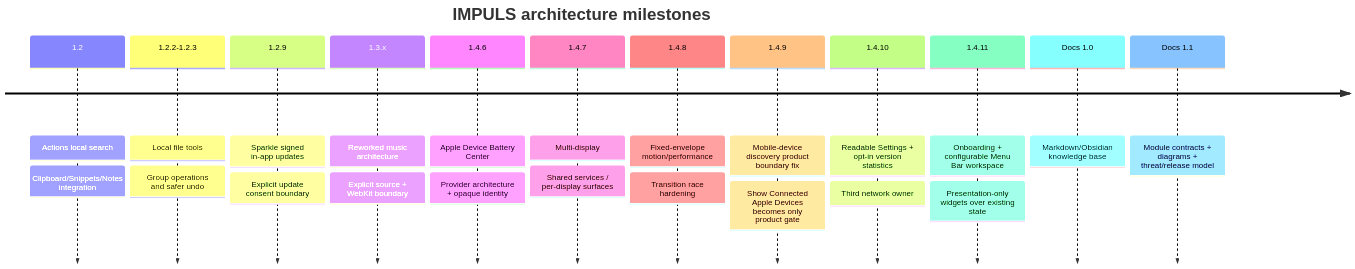
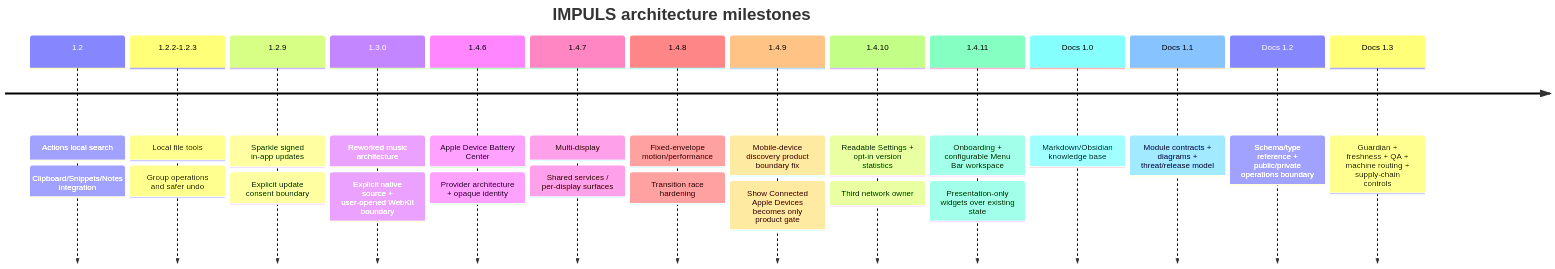
The diagram in knowledge-base/11-history/architecture-timeline.md (TumanovNV/impuls), drawn with Mermaid before and after one commit. The commit also changed other lines of this file and 10 other files, not shown here.

Commit message:
docs: add release architecture ledger

````diff
--- a/knowledge-base/11-history/architecture-timeline.md
+++ b/knowledge-base/11-history/architecture-timeline.md
@@ -15,26 +15,28 @@
 ```mermaid
 timeline
     title IMPULS architecture milestones
     1.2 : Actions local search
         : Clipboard/Snippets/Notes integration
     1.2.2-1.2.3 : Local file tools
         : Group operations and safer undo
     1.2.9 : Sparkle signed in-app updates
         : Explicit update consent boundary
-    1.3.x : Reworked music architecture
-        : Explicit source + WebKit boundary
+    1.3.0 : Reworked music architecture
+        : Explicit native source + user-opened WebKit boundary
     1.4.6 : Apple Device Battery Center
         : Provider architecture + opaque identity
     1.4.7 : Multi-display
         : Shared services / per-display surfaces
     1.4.8 : Fixed-envelope motion/performance
         : Transition race hardening
     1.4.9 : Mobile-device discovery product boundary fix
         : Show Connected Apple Devices becomes only product gate
     1.4.10 : Readable Settings + opt-in version statistics
         : Third network owner
     1.4.11 : Onboarding + configurable Menu Bar workspace
         : Presentation-only widgets over existing state
     Docs 1.0 : Markdown/Obsidian knowledge base
     Docs 1.1 : Module contracts + diagrams + threat/release model
+    Docs 1.2 : Schema/type reference + public/private operations boundary
+    Docs 1.3 : Guardian + freshness + QA + machine routing + supply-chain controls
 ```
````
